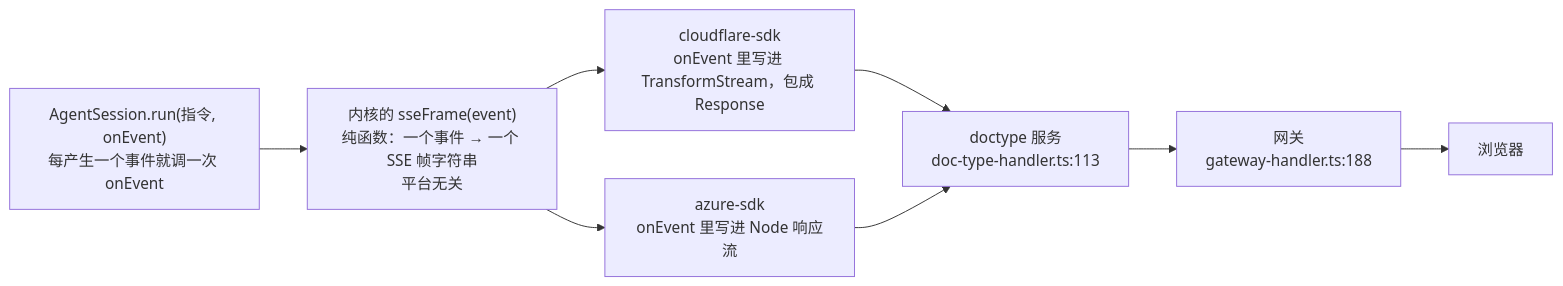
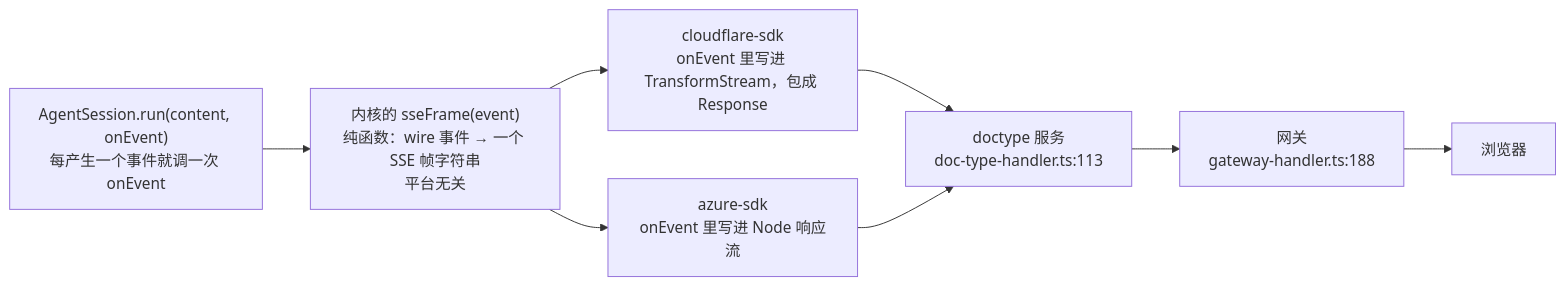
One commit to shazhou-ww/unidocs changed diagram 16 of 18 in docs/superpowers/specs/2026-08-26-agent-sdk-design.md. Above: the diagram before and after it, drawn with Mermaid. The commit also changed other lines of this file, not shown here.

First line of the commit message:
docs(agent-sdk): enhance multimodal message design

````diff
--- a/docs/superpowers/specs/2026-08-26-agent-sdk-design.md
+++ b/docs/superpowers/specs/2026-08-26-agent-sdk-design.md
@@ -1520,10 +1616,10 @@
 ```mermaid
 flowchart LR
-    S["AgentSession.run(指令, onEvent)<br/>每产生一个事件就调一次 onEvent"] --> E["内核的 sseFrame(event)<br/>纯函数：一个事件 → 一个 SSE 帧字符串<br/>平台无关"]
+    S["AgentSession.run(content, onEvent)<br/>每产生一个事件就调一次 onEvent"] --> E["内核的 sseFrame(event)<br/>纯函数：wire 事件 → 一个 SSE 帧字符串<br/>平台无关"]
     E --> P1["cloudflare-sdk<br/>onEvent 里写进 TransformStream，包成 Response"]
     E --> P2["azure-sdk<br/>onEvent 里写进 Node 响应流"]
     P1 --> W["doctype 服务<br/>doc-type-handler.ts:113"]
     P2 --> W
     W --> G["网关<br/>gateway-handler.ts:188"]
     G --> B["浏览器"]
 ```
````
